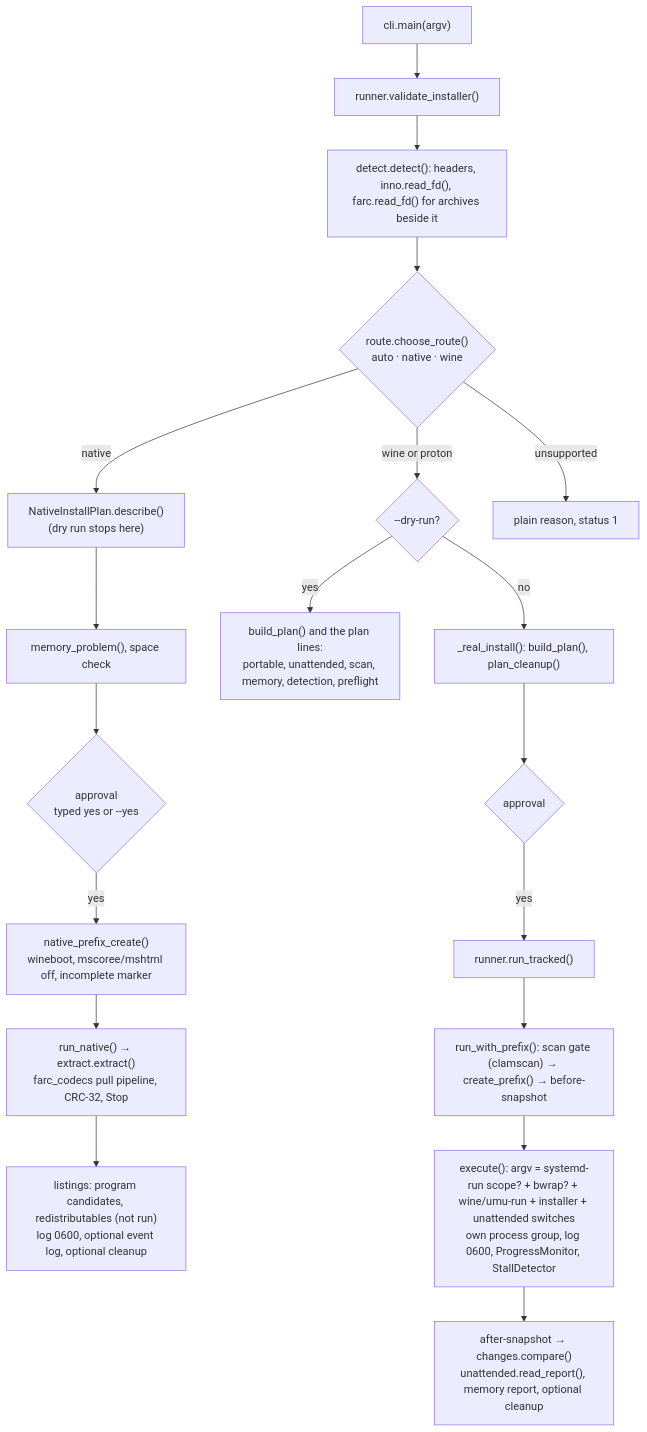
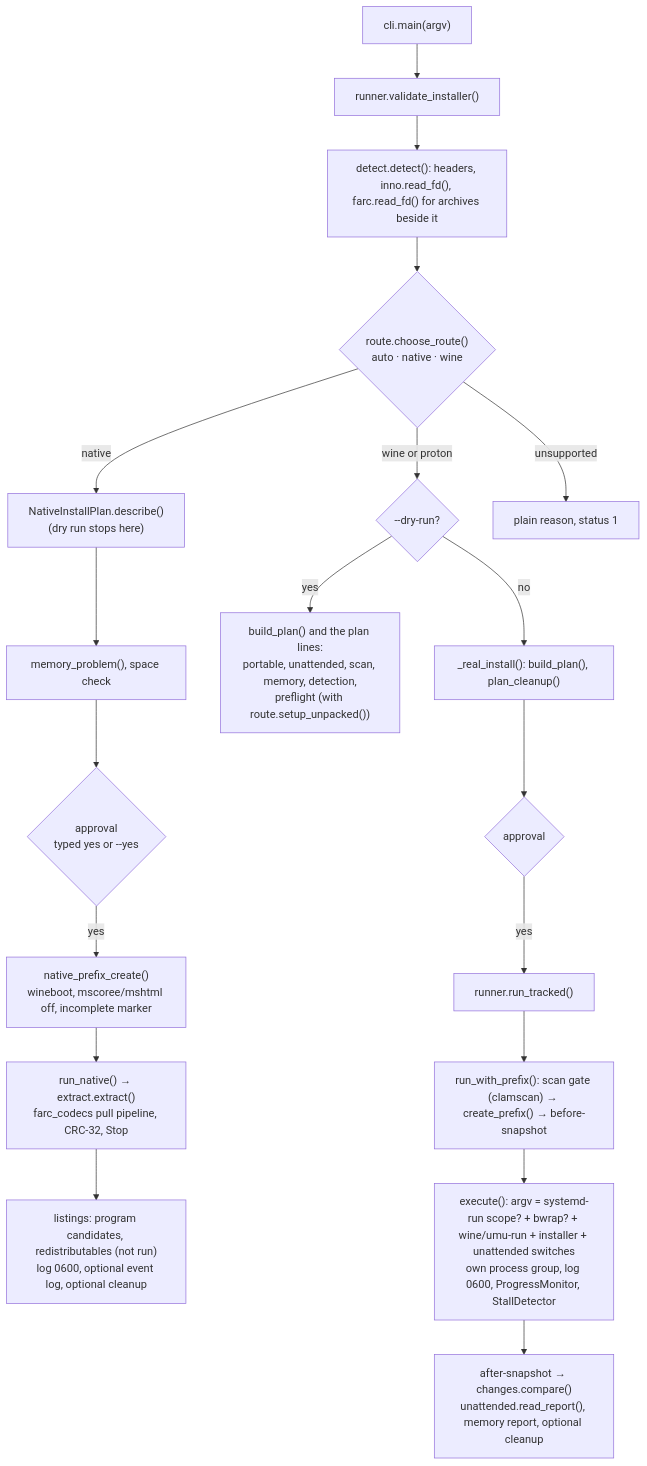
The third of 6 diagrams in docs/code-map.md (undecuple/gitfurl), drawn with Mermaid before and after one commit. The commit also changed other lines of this file and 10 other files, not shown here.

````diff
--- a/docs/code-map.md
+++ b/docs/code-map.md
@@ -101,21 +101,21 @@
 ```mermaid
 flowchart TD
   A["cli.main(argv)"] --> B["runner.validate_installer()"]
   B --> C["detect.detect(): headers, inno.read_fd(), farc.read_fd() for archives beside it"]
   C --> D{"route.choose_route()<br/>auto · native · wine"}
   D -->|native| N1["NativeInstallPlan.describe()<br/>(dry run stops here)"]
   N1 --> N2["memory_problem(), space check"]
   N2 --> N3{"approval<br/>typed yes or --yes"}
   N3 -->|yes| N4["native_prefix_create()<br/>wineboot, mscoree/mshtml off, incomplete marker"]
   N4 --> N5["run_native() → extract.extract()<br/>farc_codecs pull pipeline, CRC-32, Stop"]
   N5 --> N6["listings: program candidates, redistributables (not run)<br/>log 0600, optional event log, optional cleanup"]
   D -->|wine or proton| W0{"--dry-run?"}
-  W0 -->|yes| W1["build_plan() and the plan lines:<br/>portable, unattended, scan, memory, detection, preflight"]
+  W0 -->|yes| W1["build_plan() and the plan lines:<br/>portable, unattended, scan, memory, detection,<br/>preflight (with route.setup_unpacked())"]
   W0 -->|no| W2["_real_install(): build_plan(), plan_cleanup()"]
   W2 --> W3{"approval"}
   W3 -->|yes| W4["runner.run_tracked()"]
   W4 --> W5["run_with_prefix(): scan gate (clamscan) → create_prefix() → before-snapshot"]
   W5 --> W6["execute(): argv = systemd-run scope? + bwrap? + wine/umu-run + installer + unattended switches<br/>own process group, log 0600, ProgressMonitor, StallDetector"]
   W6 --> W7["after-snapshot → changes.compare()<br/>unattended.read_report(), memory report, optional cleanup"]
   D -->|unsupported| X["plain reason, status 1"]
 ```
````
